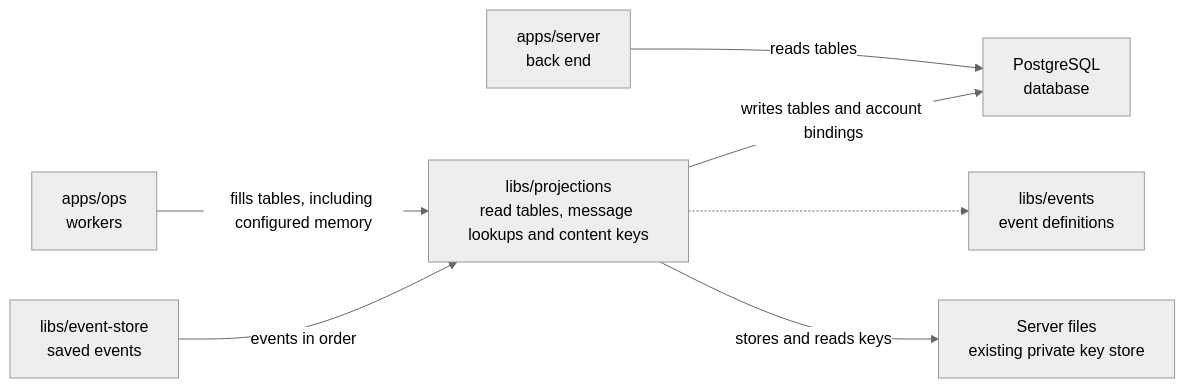
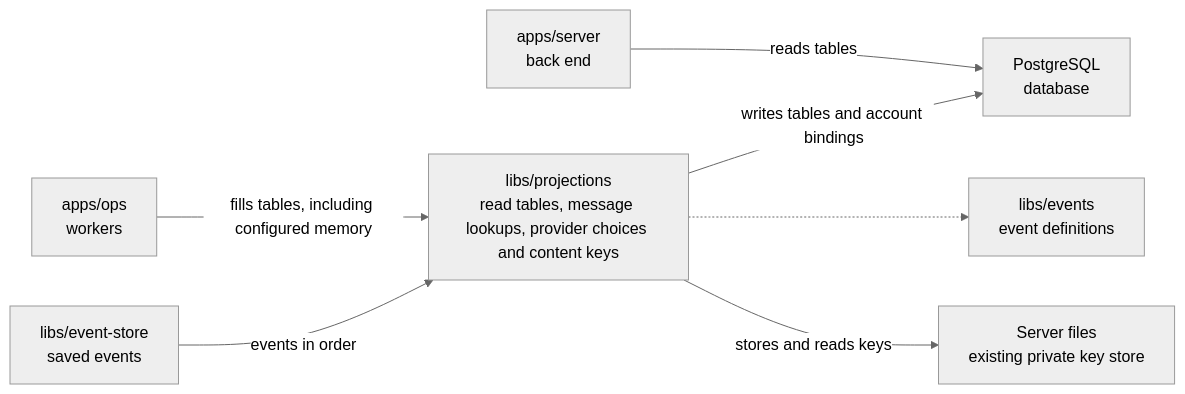
The diagram in libs/projections/README.md (elewa-git/opencrane-new), drawn with Mermaid (neutral theme) before and after one commit. The commit also changed other lines of this file and 24 other files, not shown here.

Commit message:
🔗 Record provider choices and pauses with safe recovery

````diff
--- a/libs/projections/README.md
+++ b/libs/projections/README.md
@@ -23,9 +23,9 @@
 ```mermaid
 flowchart LR
-  ops["apps/ops<br/>workers"] -->|fills tables, including configured memory| projections["libs/projections<br/>read tables, message lookups and content keys"]
+  ops["apps/ops<br/>workers"] -->|fills tables, including configured memory| projections["libs/projections<br/>read tables, message lookups, provider choices and content keys"]
   server["apps/server<br/>back end"] -->|reads tables| pg["PostgreSQL<br/>database"]
   projections -->|writes tables and account bindings| pg
   store["libs/event-store<br/>saved events"] -->|events in order| projections
   projections -.-> events["libs/events<br/>event definitions"]
   projections -->|stores and reads keys| keys["Server files<br/>existing private key store"]
 ```
````
